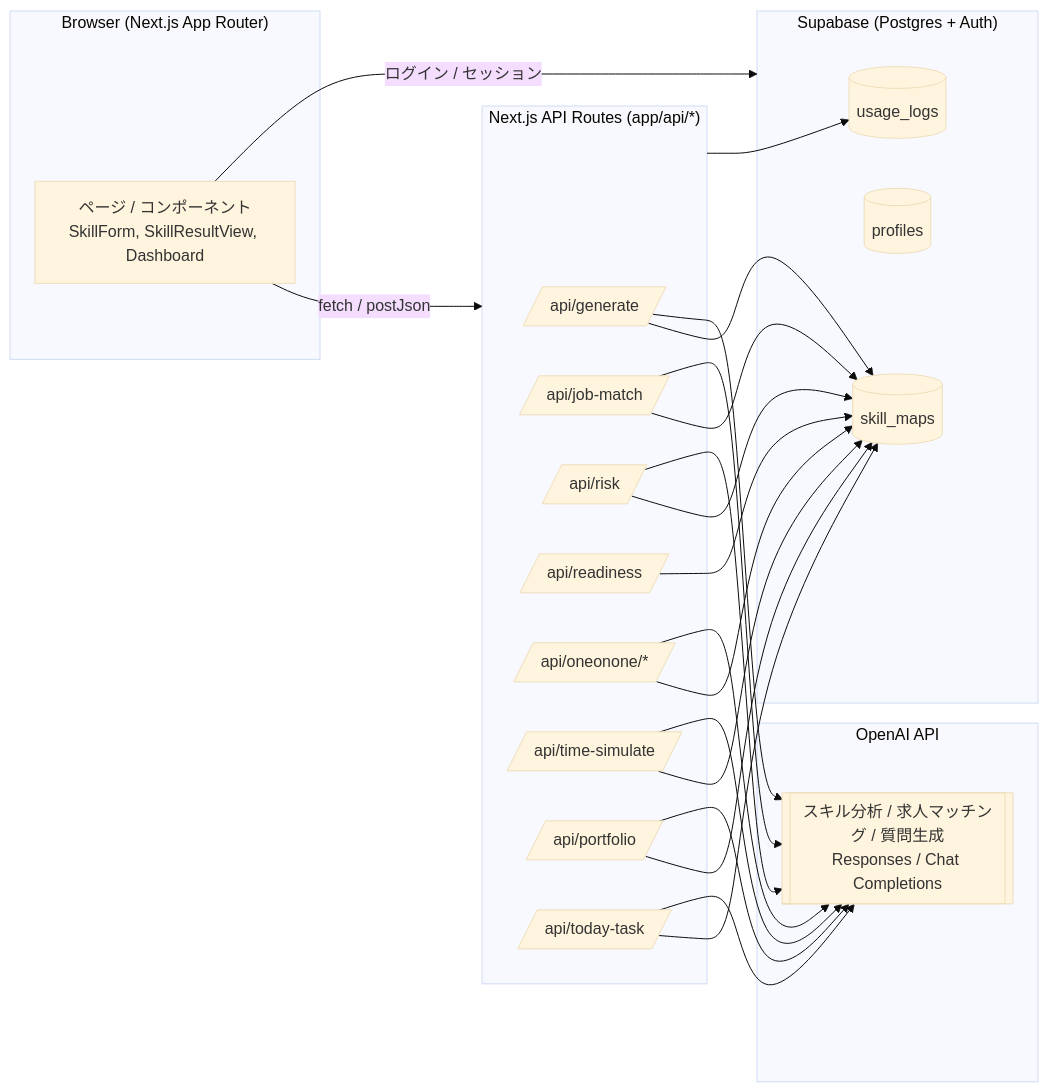
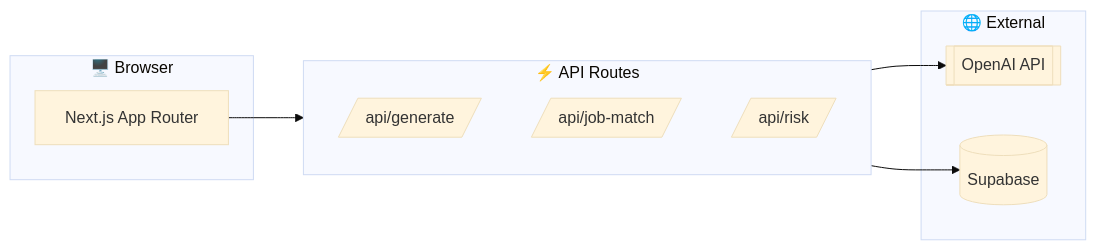
Before and after one commit to hashimotonobuaki123-cmyk/ai-skill-map-generator: the diagram in README.md, drawn with Mermaid (base theme). The commit also changed other lines of this file and 5 other files, not shown here.

````diff
--- a/README.md
+++ b/README.md
@@ -185,48 +119,21 @@
 ```mermaid
 flowchart LR
-  subgraph Client["Browser (Next.js App Router)"]
-    UI[ページ / コンポーネント<br/>SkillForm, SkillResultView, Dashboard]
+  subgraph Client["🖥️ Browser"]
+    UI[Next.js App Router]
   end
 
-  subgraph NextAPI["Next.js API Routes (app/api/*)"]
+  subgraph API["⚡ API Routes"]
     GEN[/api/generate/]
     MATCH[/api/job-match/]
     RISK[/api/risk/]
-    READY[/api/readiness/]
-    ONEONONE[/api/oneonone/*/]
-    TIME[/api/time-simulate/]
-    PORTFOLIO[/api/portfolio/]
-    TODAY[/api/today-task/]
   end
 
-  subgraph Supabase["Supabase (Postgres + Auth)"]
-    DB_SKILL[(skill_maps)]
-    DB_PROF[(profiles)]
-    DB_USAGE[(usage_logs)]
+  subgraph External["🌐 External"]
+    OpenAI[[OpenAI API]]
+    Supabase[(Supabase)]
   end
 
-  subgraph OpenAI["OpenAI API"]
-    MODEL[[スキル分析 / 求人マッチング / 質問生成<br/>Responses / Chat Completions]]
-  end
-
-  UI -->|fetch / postJson| NextAPI
-  GEN --> DB_SKILL
-  READY --> DB_SKILL
-  MATCH --> DB_SKILL
-  RISK --> DB_SKILL
-  ONEONONE --> DB_SKILL
-  TIME --> DB_SKILL
-  PORTFOLIO --> DB_SKILL
-  TODAY --> DB_SKILL
-
-  GEN --> MODEL
-  MATCH --> MODEL
-  RISK --> MODEL
-  ONEONONE --> MODEL
-  TIME --> MODEL
-  PORTFOLIO --> MODEL
-  TODAY --> MODEL
-
-  UI -->|ログイン / セッション| Supabase
-  NextAPI --> DB_USAGE
+  UI --> API
+  API --> OpenAI
+  API --> Supabase
 ```
````
